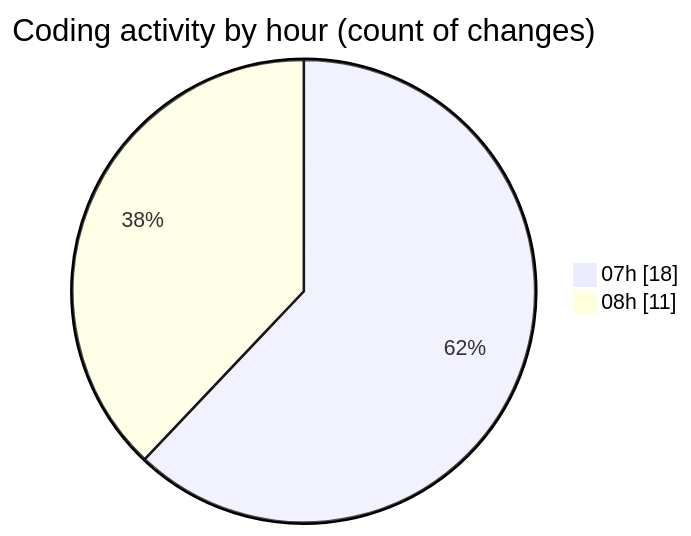
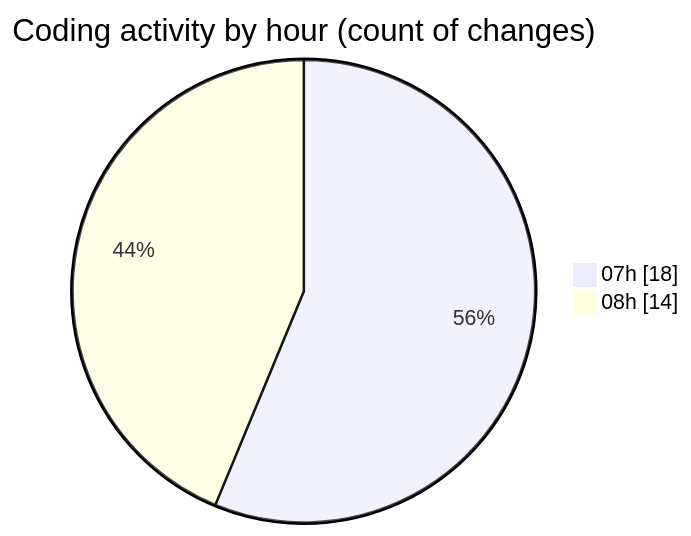
The second of 2 diagrams in 2025-02-03/mbc-web/README.md (robertbonfada/code-tracking), drawn with Mermaid before and after one commit. The commit also changed other lines of this file and 1 other file, not shown here.

````diff
--- a/2025-02-03/mbc-web/README.md
+++ b/2025-02-03/mbc-web/README.md
@@ -34,6 +34,6 @@
 ```mermaid
 pie showData
 title Coding activity by hour (count of changes)
 "07h" : 18
-"08h" : 11
+"08h" : 14
 ```
````
